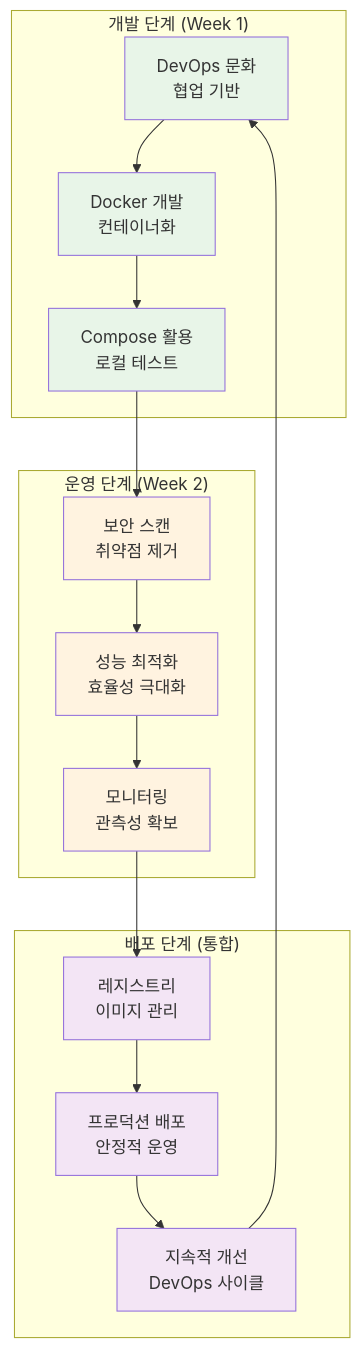
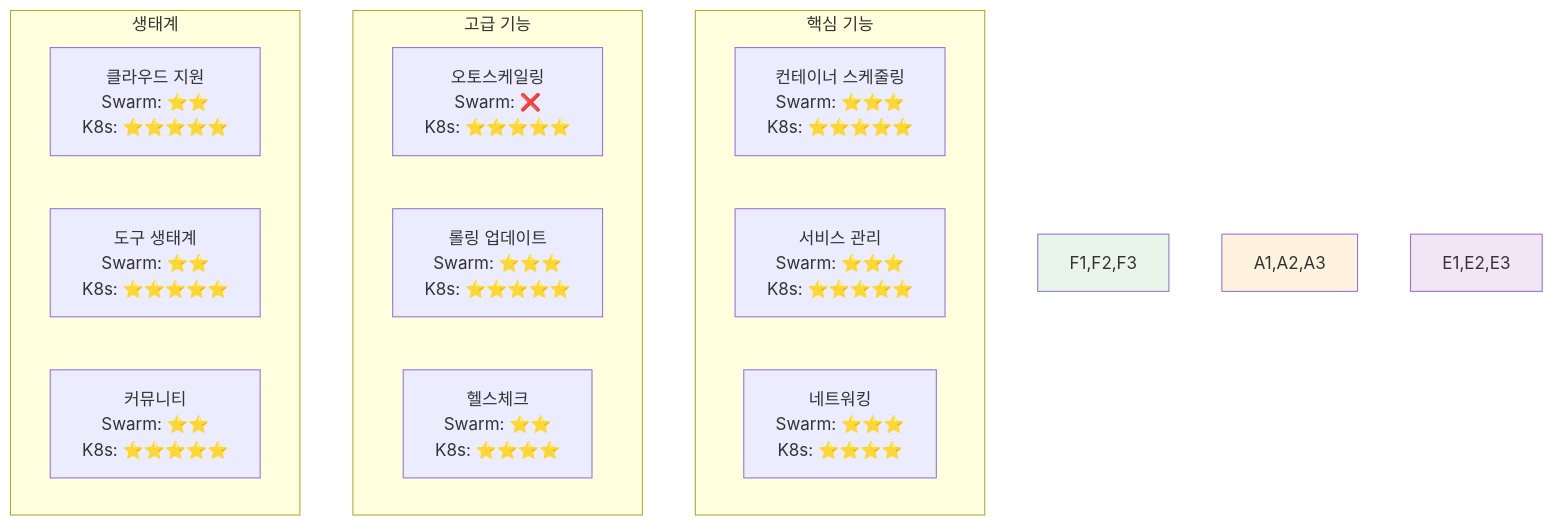
Before and after one commit to niceguy61/kdt_devops_lecture_2025: the third of 4 diagrams in theory/week_02/day4/session_1.md, drawn with Mermaid. The commit also changed other lines of this file and 70 other files, not shown here.

````diff
--- a/theory/week_02/day4/session_1.md
+++ b/theory/week_02/day4/session_1.md
@@ -71,31 +108,24 @@
 ```mermaid
 graph TB
-    subgraph "개발 단계 (Week 1)"
-        A[DevOps 문화<br/>협업 기반] --> B[Docker 개발<br/>컨테이너화]
-        B --> C[Compose 활용<br/>로컬 테스트]
+    subgraph "핵심 기능"
+        F1[컨테이너 스케줄링<br/>Swarm: ⭐⭐⭐<br/>K8s: ⭐⭐⭐⭐⭐]
+        F2[서비스 관리<br/>Swarm: ⭐⭐⭐<br/>K8s: ⭐⭐⭐⭐⭐]
+        F3[네트워킹<br/>Swarm: ⭐⭐⭐<br/>K8s: ⭐⭐⭐⭐]
     end
     
-    subgraph "운영 단계 (Week 2)"
-        D[보안 스캔<br/>취약점 제거] --> E[성능 최적화<br/>효율성 극대화]
-        E --> F[모니터링<br/>관측성 확보]
+    subgraph "고급 기능"
+        A1[오토스케일링<br/>Swarm: ❌<br/>K8s: ⭐⭐⭐⭐⭐]
+        A2[롤링 업데이트<br/>Swarm: ⭐⭐⭐<br/>K8s: ⭐⭐⭐⭐⭐]
+        A3[헬스체크<br/>Swarm: ⭐⭐<br/>K8s: ⭐⭐⭐⭐]
     end
     
-    subgraph "배포 단계 (통합)"
-        G[레지스트리<br/>이미지 관리] --> H[프로덕션 배포<br/>안정적 운영]
-        H --> I[지속적 개선<br/>DevOps 사이클]
+    subgraph "생태계"
+        E1[클라우드 지원<br/>Swarm: ⭐⭐<br/>K8s: ⭐⭐⭐⭐⭐]
+        E2[도구 생태계<br/>Swarm: ⭐⭐<br/>K8s: ⭐⭐⭐⭐⭐]
+        E3[커뮤니티<br/>Swarm: ⭐⭐<br/>K8s: ⭐⭐⭐⭐⭐]
     end
     
-    C --> D
-    F --> G
-    I --> A
-    
-    style A fill:#e8f5e8
-    style B fill:#e8f5e8
-    style C fill:#e8f5e8
-    style D fill:#fff3e0
-    style E fill:#fff3e0
-    style F fill:#fff3e0
-    style G fill:#f3e5f5
-    style H fill:#f3e5f5
-    style I fill:#f3e5f5
+    style F1,F2,F3 fill:#e8f5e8
+    style A1,A2,A3 fill:#fff3e0
+    style E1,E2,E3 fill:#f3e5f5
 ```
````
